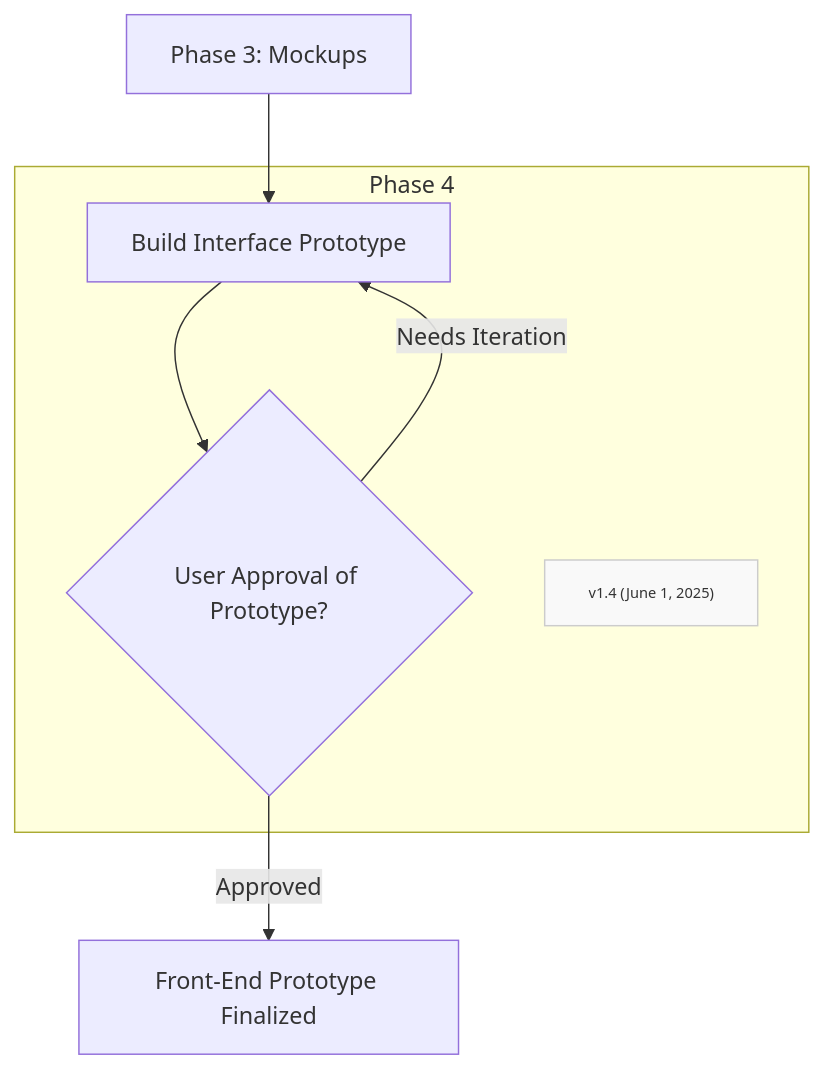
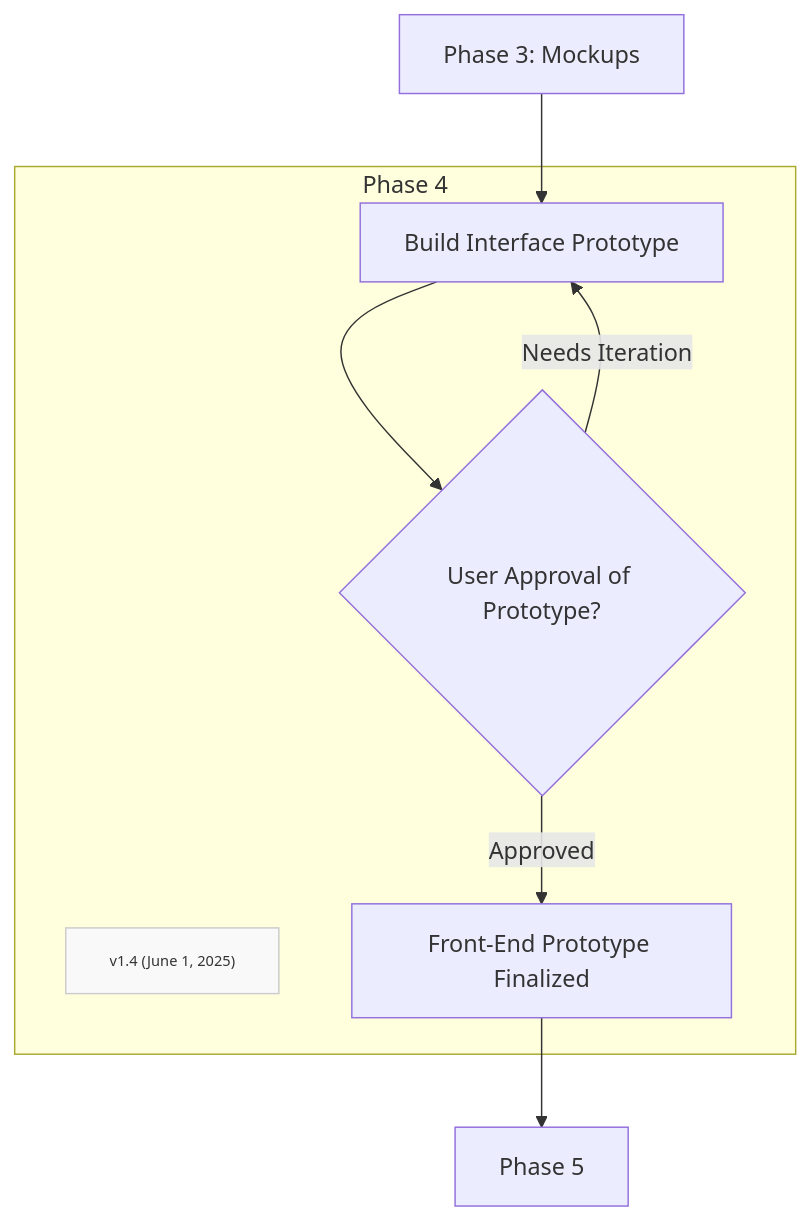
One commit to Mharbulous/Front-First-Method changed the diagram in Method/FF-phase4.md. Above: the diagram before and after it, drawn with Mermaid. The commit also changed 2 other files, not shown here.

Commit message:
Refined diagrams

````diff
--- a/Method/FF-phase4.md
+++ b/Method/FF-phase4.md
@@ -2,17 +2,18 @@
 ```mermaid
 graph TD
     
 B1["Phase 3: Mockups"]  --> B2["Build Interface Prototype"] 
 
     subgraph Phase4["Phase 4"]
         B2 --> B3_Val{"User Approval of Prototype?"}
         B3_Val -->|Needs Iteration| B2
         Version["v1.4 (June 1, 2025)"]
         classDef version fill:#f9f9f9,stroke:#ccc,font-size:10px
         class Version version
+        B3_Val -->|Approved| C_Spec["Front-End Prototype Finalized"]
     end
-B3_Val -->|Approved| C_Spec["Front-End Prototype Finalized"]
 
+C_Spec["Front-End Prototype Finalized"] --> Phase5["Phase 5"]
 
 
 ```
````
